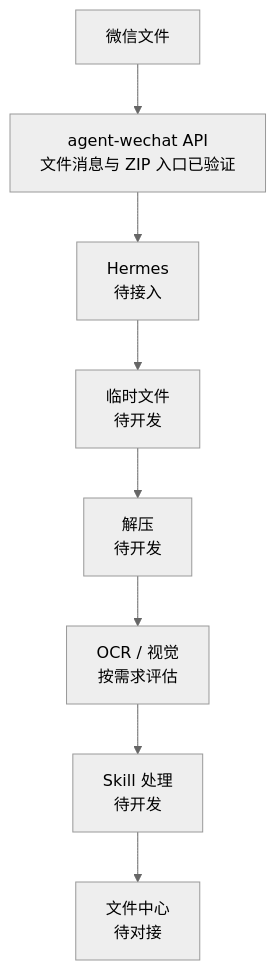
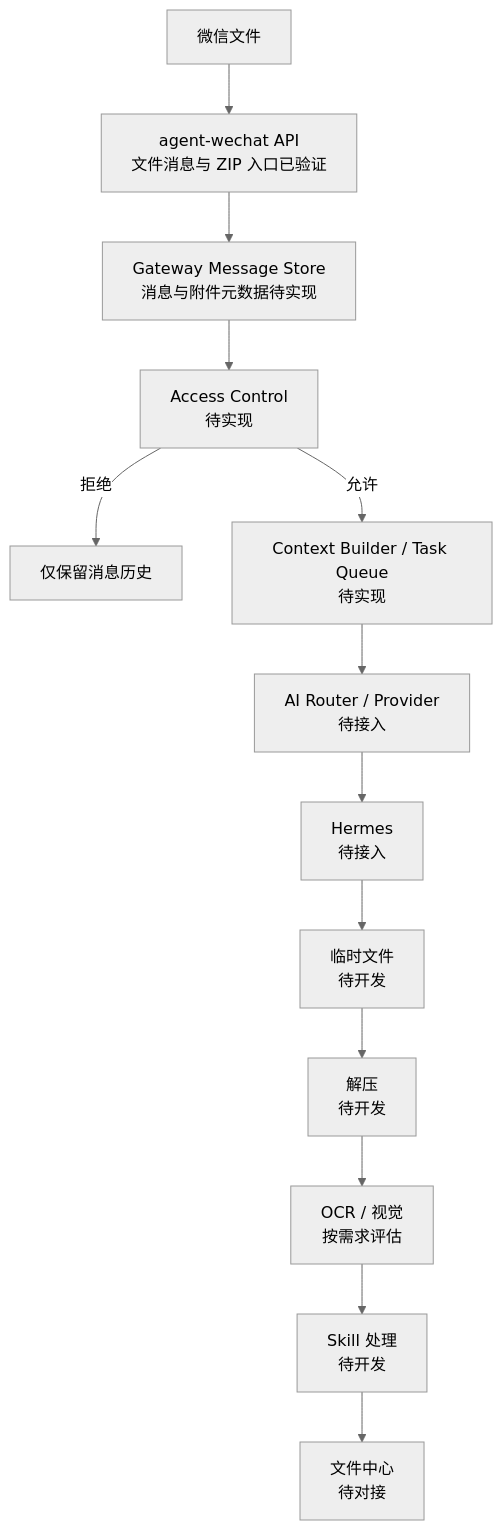
One commit to Tangbohu09527/CF_ecommerce-automation-docs changed the second of 2 diagrams in 02_系统设计.md. Above: the diagram before and after it, drawn with Mermaid (neutral theme). The commit also changed other lines of this file and 5 other files, not shown here.

Commit message:
docs: design message store and task queue architecture

````diff
--- a/02_系统设计.md
+++ b/02_系统设计.md
@@ -91,10 +91,15 @@
 ```mermaid
 flowchart TB
     W["微信文件"] --> A["agent-wechat API<br/>文件消息与 ZIP 入口已验证"]
-    A --> H["Hermes<br/>待接入"]
+    A --> M["Gateway Message Store<br/>消息与附件元数据待实现"]
+    M --> AC["Access Control<br/>待实现"]
+    AC -->|"拒绝"| R["仅保留消息历史"]
+    AC -->|"允许"| C["Context Builder / Task Queue<br/>待实现"]
+    C --> P["AI Router / Provider<br/>待接入"]
+    P --> H["Hermes<br/>待接入"]
     H --> T["临时文件<br/>待开发"]
     T --> U["解压<br/>待开发"]
     U --> V["OCR / 视觉<br/>按需求评估"]
     V --> S["Skill 处理<br/>待开发"]
     S --> F["文件中心<br/>待对接"]
 ```
````
